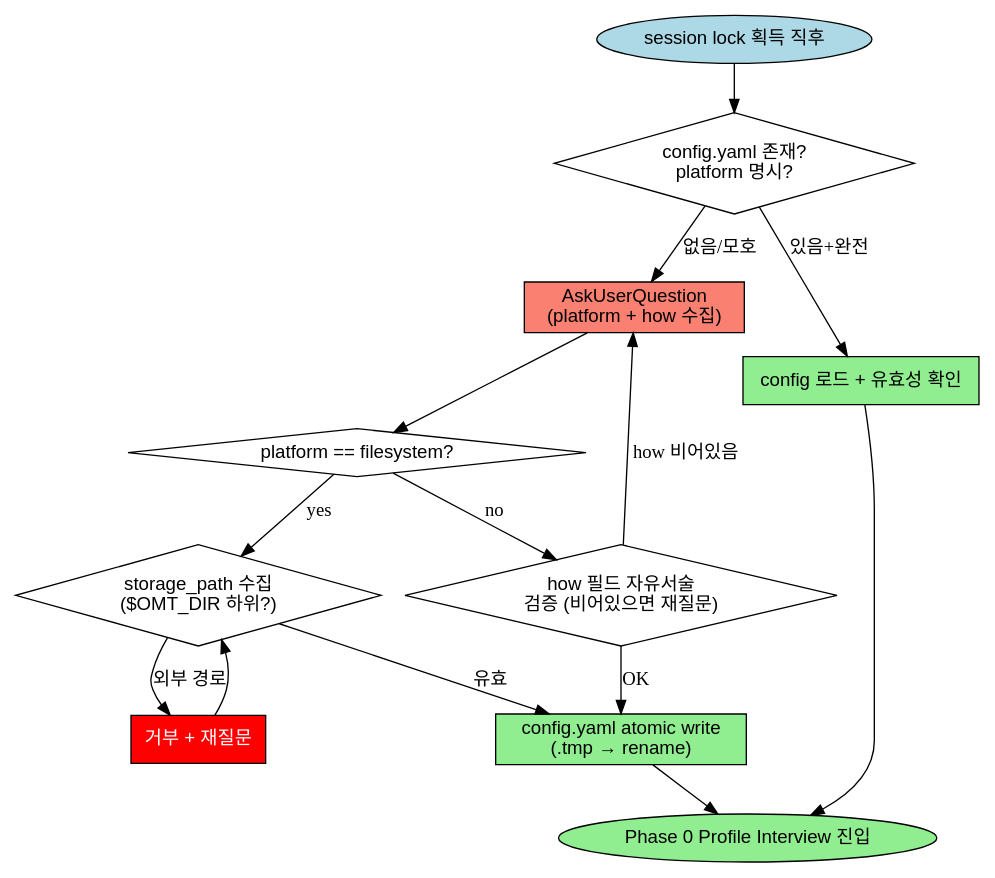
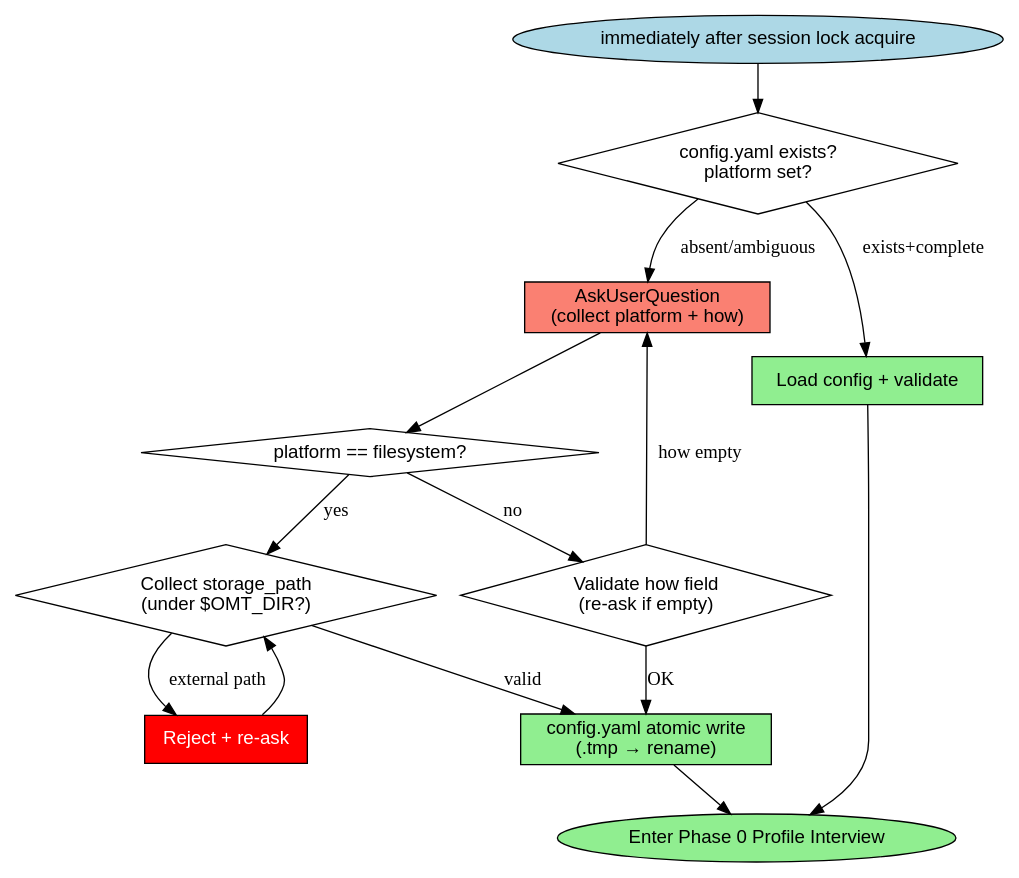
The third of 8 diagrams in skills/collect-jd/reference/rules.md (toongri/oh-my-toong-playground), drawn with Graphviz before and after one commit. The commit also changed other lines of this file and 3 other files, not shown here.

````diff
--- a/skills/collect-jd/reference/rules.md
+++ b/skills/collect-jd/reference/rules.md
@@ -206,31 +208,31 @@
 ```dot
 digraph storage_backend_interview {
   rankdir=TB;
   node [shape=box, fontname="Helvetica"];
 
-  start [label="session lock 획득 직후", shape=ellipse, style=filled, fillcolor=lightblue];
-  check [label="config.yaml 존재?\nplatform 명시?", shape=diamond];
-  ask [label="AskUserQuestion\n(platform + how 수집)", style=filled, fillcolor=salmon];
+  start [label="immediately after session lock acquire", shape=ellipse, style=filled, fillcolor=lightblue];
+  check [label="config.yaml exists?\nplatform set?", shape=diamond];
+  ask [label="AskUserQuestion\n(collect platform + how)", style=filled, fillcolor=salmon];
   is_filesystem [label="platform == filesystem?", shape=diamond];
-  ask_path [label="storage_path 수집\n($OMT_DIR 하위?)", shape=diamond];
-  reject_path [label="거부 + 재질문", style=filled, fillcolor=red, fontcolor=white];
-  validate_how [label="how 필드 자유서술\n검증 (비어있으면 재질문)", shape=diamond];
+  ask_path [label="Collect storage_path\n(under $OMT_DIR?)", shape=diamond];
+  reject_path [label="Reject + re-ask", style=filled, fillcolor=red, fontcolor=white];
+  validate_how [label="Validate how field\n(re-ask if empty)", shape=diamond];
   write_config [label="config.yaml atomic write\n(.tmp → rename)", style=filled, fillcolor=lightgreen];
-  load_config [label="config 로드 + 유효성 확인", style=filled, fillcolor=lightgreen];
-  proceed [label="Phase 0 Profile Interview 진입", shape=ellipse, style=filled, fillcolor=lightgreen];
+  load_config [label="Load config + validate", style=filled, fillcolor=lightgreen];
+  proceed [label="Enter Phase 0 Profile Interview", shape=ellipse, style=filled, fillcolor=lightgreen];
 
   start -> check;
-  check -> ask [label="없음/모호"];
-  check -> load_config [label="있음+완전"];
+  check -> ask [label="absent/ambiguous"];
+  check -> load_config [label="exists+complete"];
   ask -> is_filesystem;
   is_filesystem -> ask_path [label="yes"];
   is_filesystem -> validate_how [label="no"];
-  ask_path -> write_config [label="유효"];
-  ask_path -> reject_path [label="외부 경로"];
+  ask_path -> write_config [label="valid"];
+  ask_path -> reject_path [label="external path"];
   reject_path -> ask_path;
   validate_how -> write_config [label="OK"];
-  validate_how -> ask [label="how 비어있음"];
+  validate_how -> ask [label="how empty"];
   write_config -> proceed;
   load_config -> proceed;
 }
 ```
````
